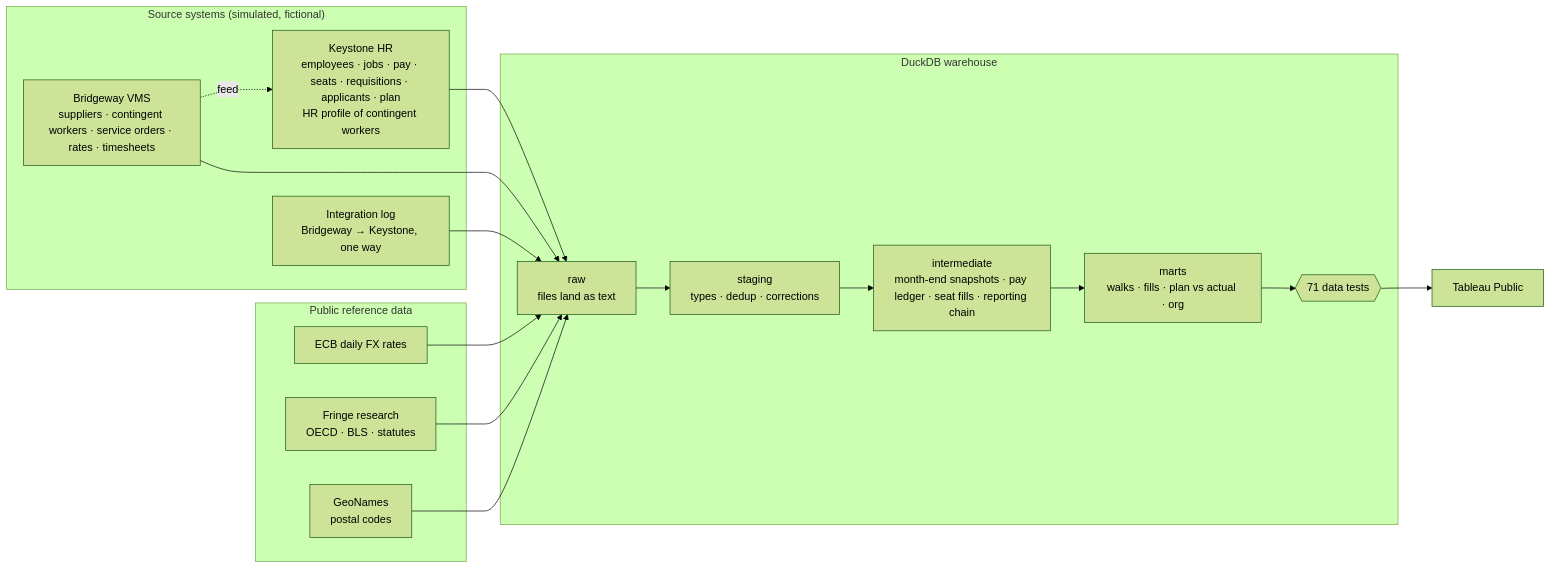
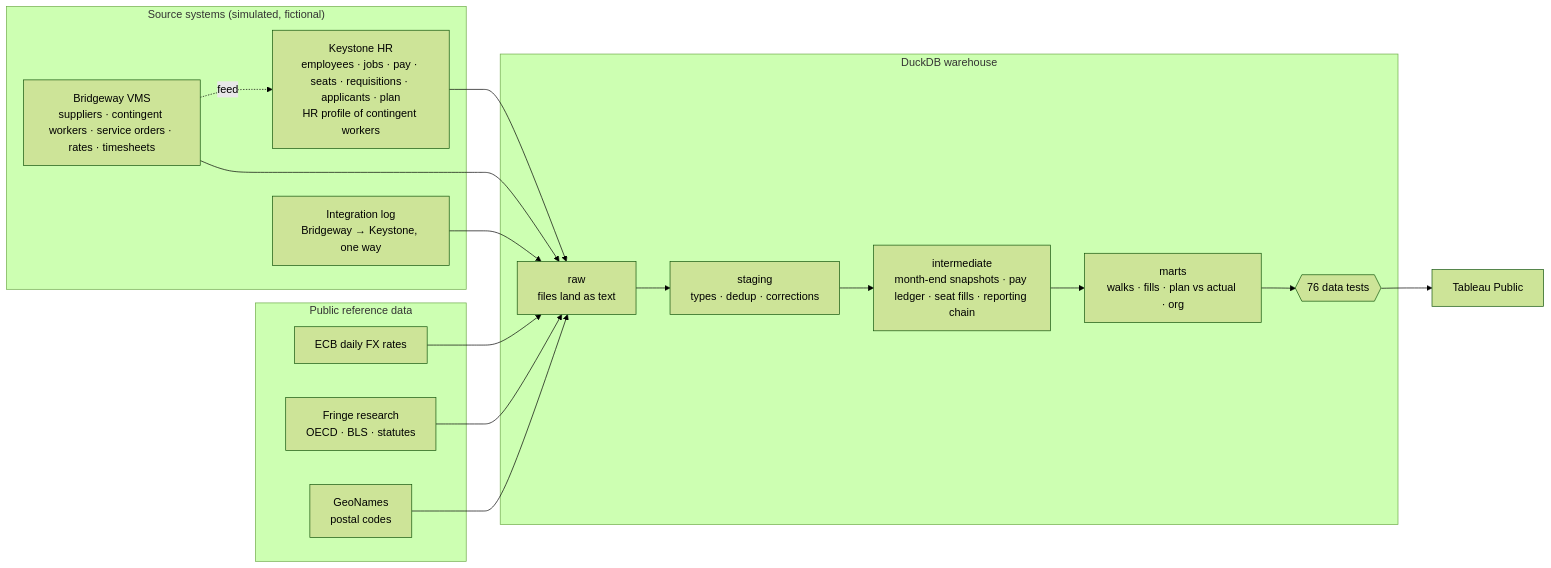
One commit to thialp/people-analytics-warehouse changed the first of 2 diagrams in README.md. Above: the diagram before and after it, drawn with Mermaid (forest theme). The commit also changed other lines of this file and 7 other files, not shown here.

````diff
--- a/README.md
+++ b/README.md
@@ -38,29 +38,29 @@
 ```mermaid
 flowchart LR
     subgraph Sources["Source systems (simulated, fictional)"]
         HR["Keystone HR<br/>employees · jobs · pay · seats · requisitions · applicants · plan<br/>HR profile of contingent workers"]
         VMS["Bridgeway VMS<br/>suppliers · contingent workers · service orders · rates · timesheets"]
         FEED["Integration log<br/>Bridgeway → Keystone, one way"]
     end
     subgraph Public["Public reference data"]
         ECB["ECB daily FX rates"]
         FRG["Fringe research<br/>OECD · BLS · statutes"]
         GEO["GeoNames<br/>postal codes"]
     end
     subgraph WH["DuckDB warehouse"]
         RAW["raw<br/>files land as text"]
         STG["staging<br/>types · dedup · corrections"]
         INT["intermediate<br/>month-end snapshots · pay ledger · seat fills · reporting chain"]
         MART["marts<br/>walks · fills · plan vs actual · org"]
-        TEST{{"71 data tests"}}
+        TEST{{"76 data tests"}}
     end
     TAB["Tableau Public"]
     VMS -. feed .-> HR
     HR --> RAW
     VMS --> RAW
     FEED --> RAW
     ECB --> RAW
     FRG --> RAW
     GEO --> RAW
     RAW --> STG --> INT --> MART --> TEST --> TAB
 ```
````
